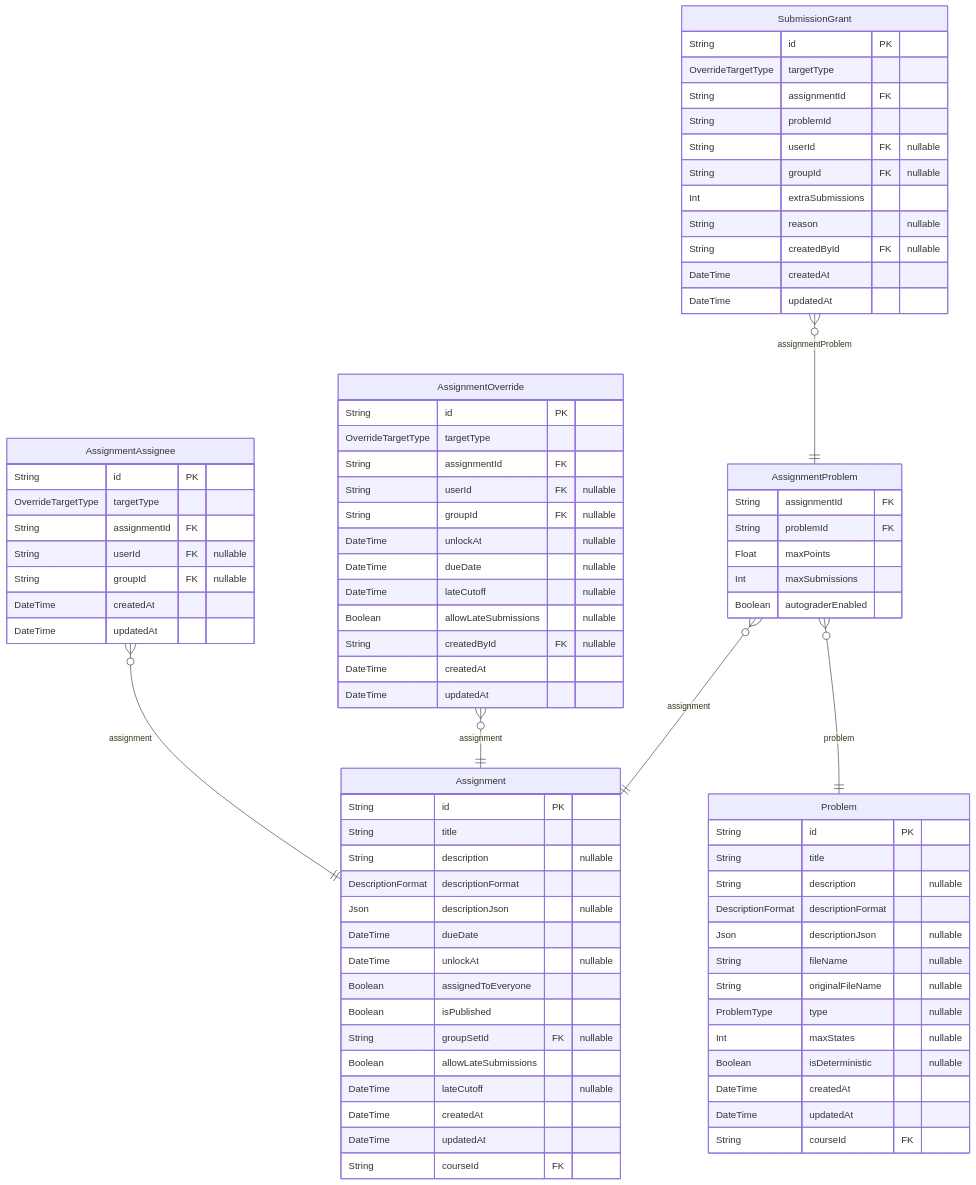
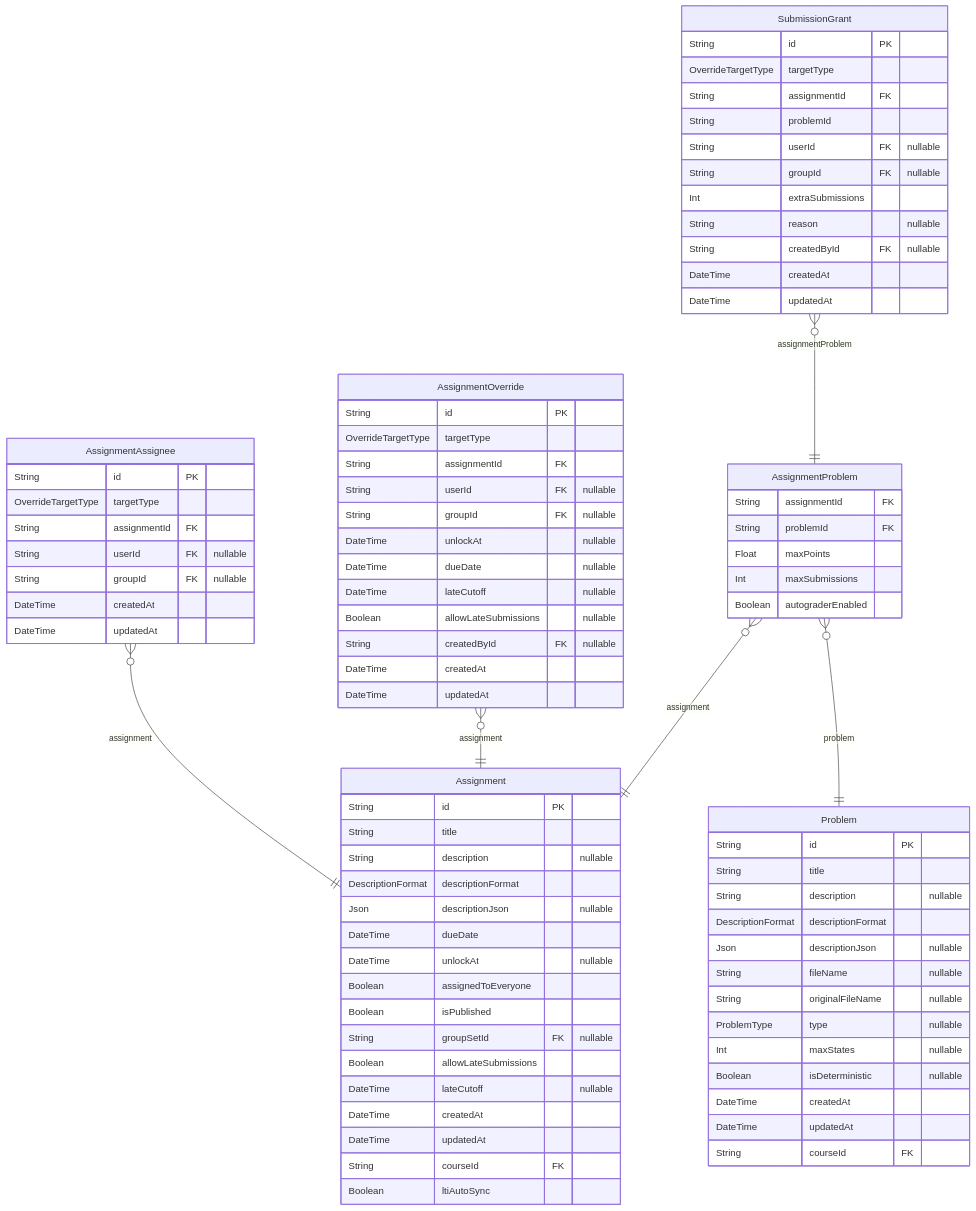
Before and after one commit to PennStateCS/AFCT: the third of 5 diagrams in docs-site/docs/reference/database-schema.md, drawn with Mermaid. The commit also changed other lines of this file and 9 other files, not shown here.

```diff
--- a/docs-site/docs/reference/database-schema.md
+++ b/docs-site/docs/reference/database-schema.md
@@ -577,6 +577,7 @@
   DateTime createdAt
   DateTime updatedAt
   String courseId FK
+  Boolean ltiAutoSync
 }
 "AssignmentAssignee" {
   String id PK
```
